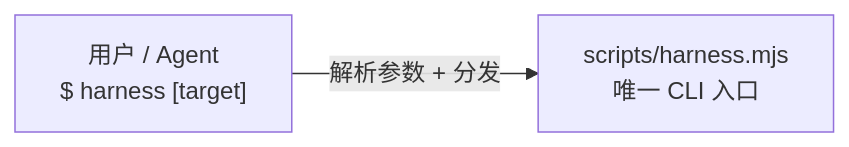
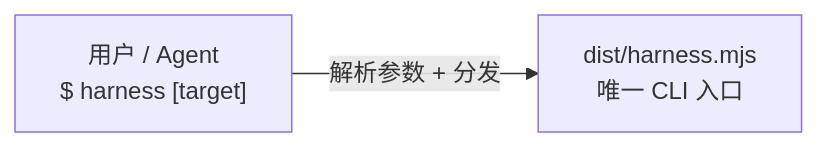
The first of 10 diagrams in docs-release/architecture/system-explainer/02-module-dependency.md (FairladyZ625/coding-agent-harness), drawn with Mermaid before and after one commit. The commit also changed other lines of this file and 155 other files, not shown here.

````diff
--- a/docs-release/architecture/system-explainer/02-module-dependency.md
+++ b/docs-release/architecture/system-explainer/02-module-dependency.md
@@ -7,4 +7,4 @@
 ```mermaid
 flowchart LR
-  User["用户 / Agent\n$ harness <command> [target]"] -->|"解析参数 + 分发"| Entry["scripts/harness.mjs\n唯一 CLI 入口"]
+  User["用户 / Agent\n$ harness <command> [target]"] -->|"解析参数 + 分发"| Entry["dist/harness.mjs\n唯一 CLI 入口"]
 ```
````
